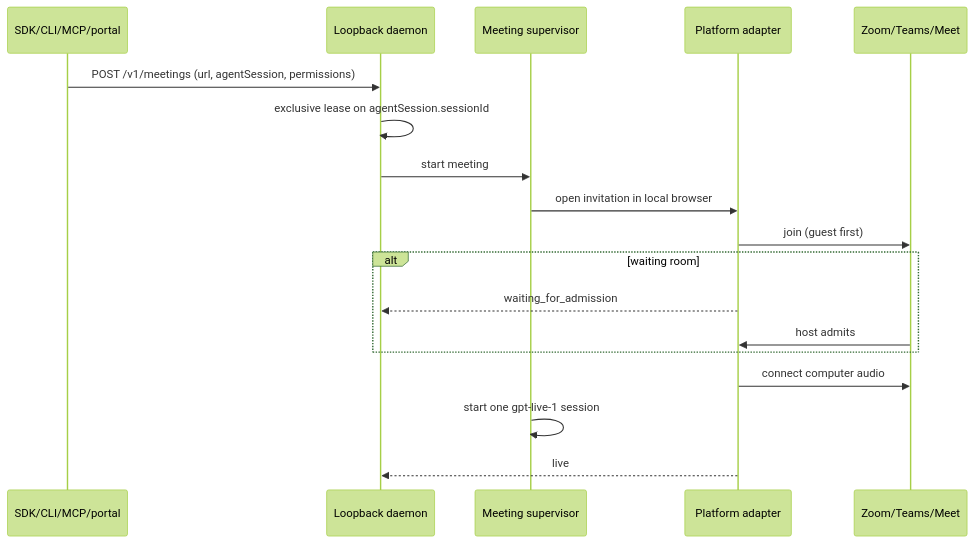
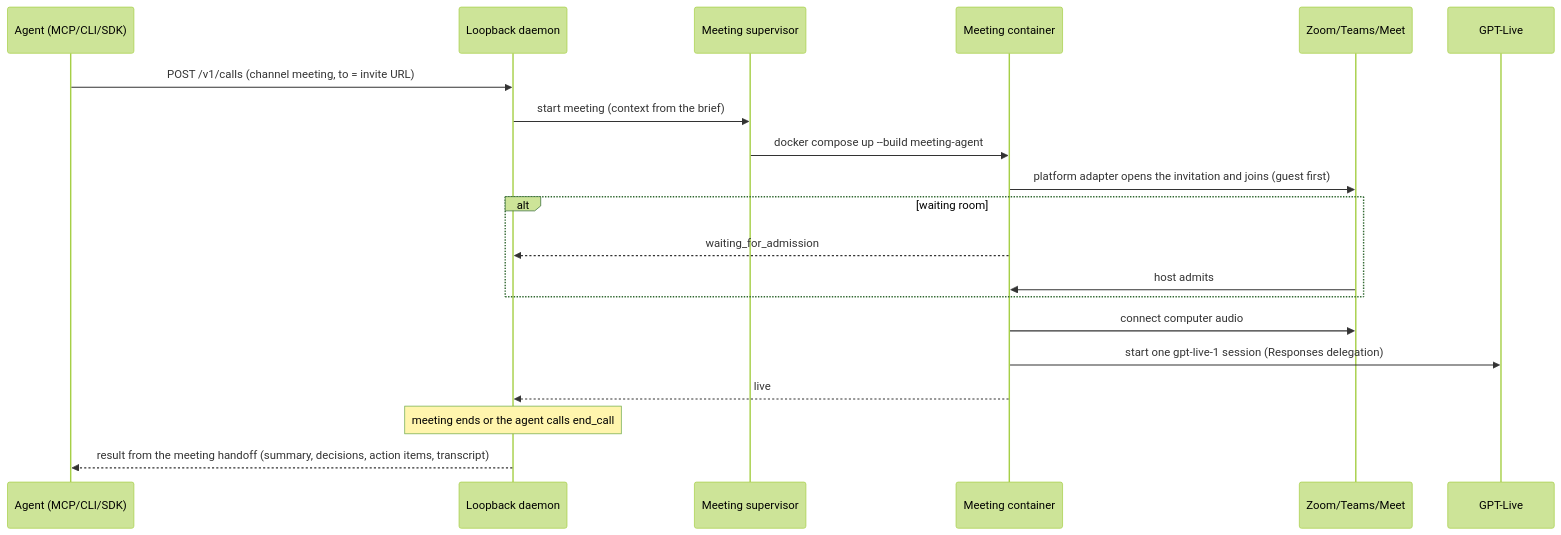
The first of 3 diagrams in docs/architecture.md (kaelorlabs/smitline), drawn with Mermaid (forest theme) before and after one commit. The commit also changed other lines of this file and 253 other files, not shown here.

First line of the commit message:
Clean up: calls and meetings only, GPT-Live as the only voice

````diff
--- a/docs/architecture.md
+++ b/docs/architecture.md
@@ -40,20 +44,22 @@
 ```mermaid
 sequenceDiagram
-    participant Caller as SDK/CLI/MCP/portal
+    participant Agent as Agent (MCP/CLI/SDK)
     participant Daemon as Loopback daemon
     participant Super as Meeting supervisor
-    participant Adapter as Platform adapter
+    participant Bot as Meeting container
     participant Meet as Zoom/Teams/Meet
-    Caller->>Daemon: POST /v1/meetings (url, agentSession, permissions)
-    Daemon->>Daemon: exclusive lease on agentSession.sessionId
-    Daemon->>Super: start meeting
-    Super->>Adapter: open invitation in local browser
-    Adapter->>Meet: join (guest first)
+    participant Live as GPT-Live
+    Agent->>Daemon: POST /v1/calls (channel meeting, to = invite URL)
+    Daemon->>Super: start meeting (context from the brief)
+    Super->>Bot: docker compose up --build meeting-agent
+    Bot->>Meet: platform adapter opens the invitation and joins (guest first)
     alt waiting room
-        Adapter-->>Daemon: waiting_for_admission
-        Meet->>Adapter: host admits
+        Bot-->>Daemon: waiting_for_admission
+        Meet->>Bot: host admits
     end
-    Adapter->>Meet: connect computer audio
-    Super->>Super: start one gpt-live-1 session
-    Adapter-->>Daemon: live
+    Bot->>Meet: connect computer audio
+    Bot->>Live: start one gpt-live-1 session (Responses delegation)
+    Bot-->>Daemon: live
+    Note over Daemon: meeting ends or the agent calls end_call
+    Daemon-->>Agent: result from the meeting handoff (summary, decisions, action items, transcript)
 ```
````
